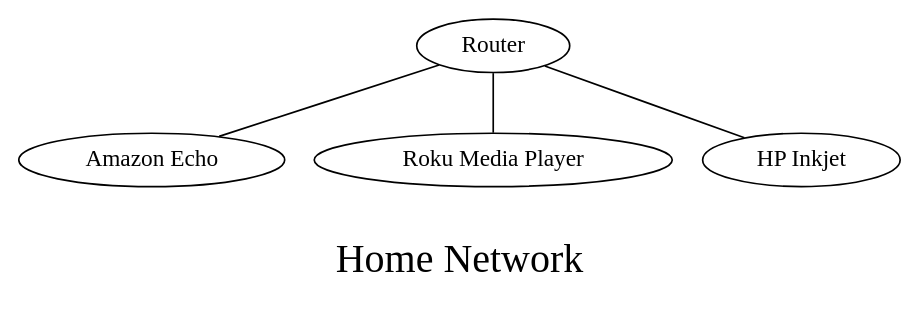
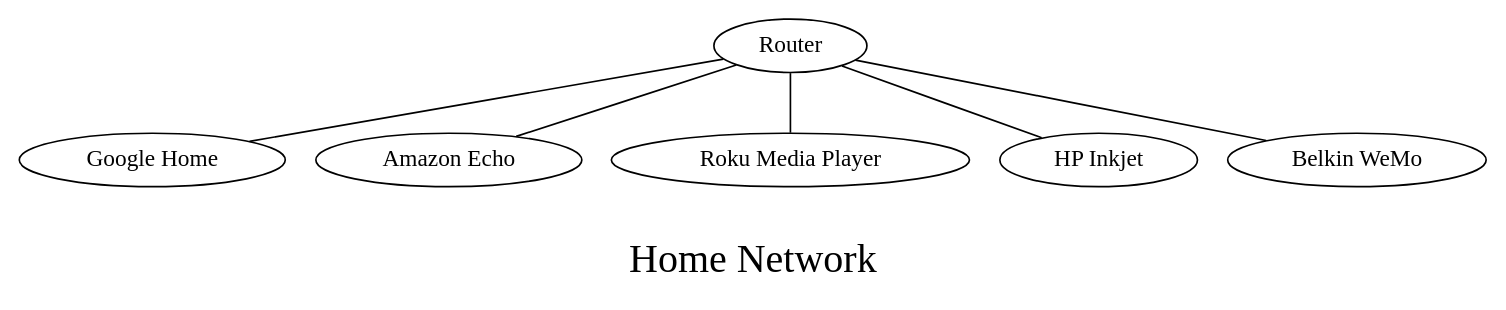
One commit to joshpxyne/iot-sec-attack-circuits changed the diagram in deliverables/home_network.dot. Above: the diagram before and after it, drawn with Graphviz. The commit also changed 17 other files, not shown here.

```diff
--- a/deliverables/home_network.dot
+++ b/deliverables/home_network.dot
@@ -1,16 +1,20 @@
 /*****
 Home Network
 *****/
 
 graph G {
   graph [splines=true overlap=false]
   node  [shape=ellipse, width=0.3, height=0.3]
   1 [label="Router"];
-  2 [label="Amazon Echo"];
-  3 [label="Roku Media Player"];
-  4 [label="HP Inkjet"];
+  2 [label="Google Home"];
+  3 [label="Amazon Echo"];
+  4 [label="Roku Media Player"];
+  5 [label="HP Inkjet"];
+  6 [label="Belkin WeMo"];
   1 -- 2;
   1 -- 3;
   1 -- 4;
+  1 -- 5;
+  1 -- 6;
   label = "\nHome Network\n";  fontsize=24;
 }
```
